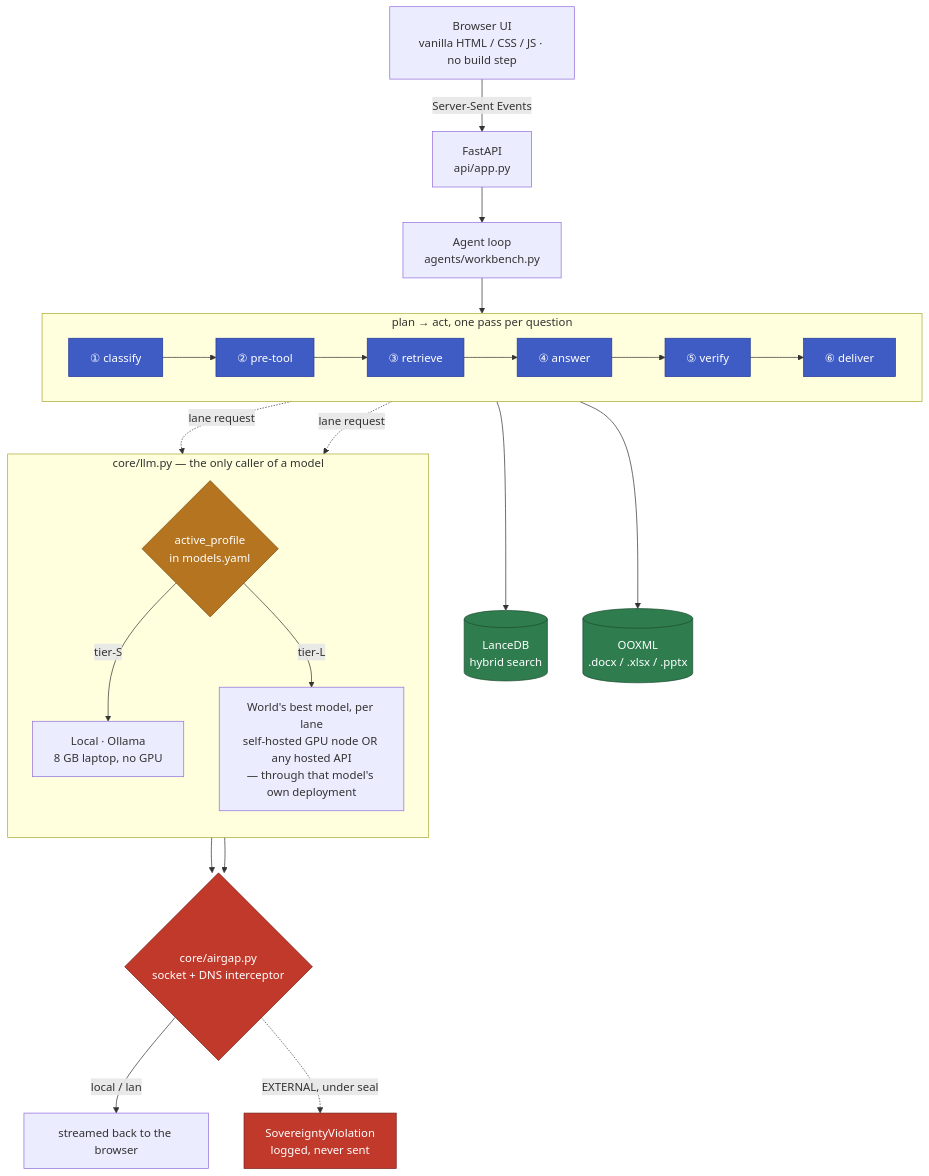
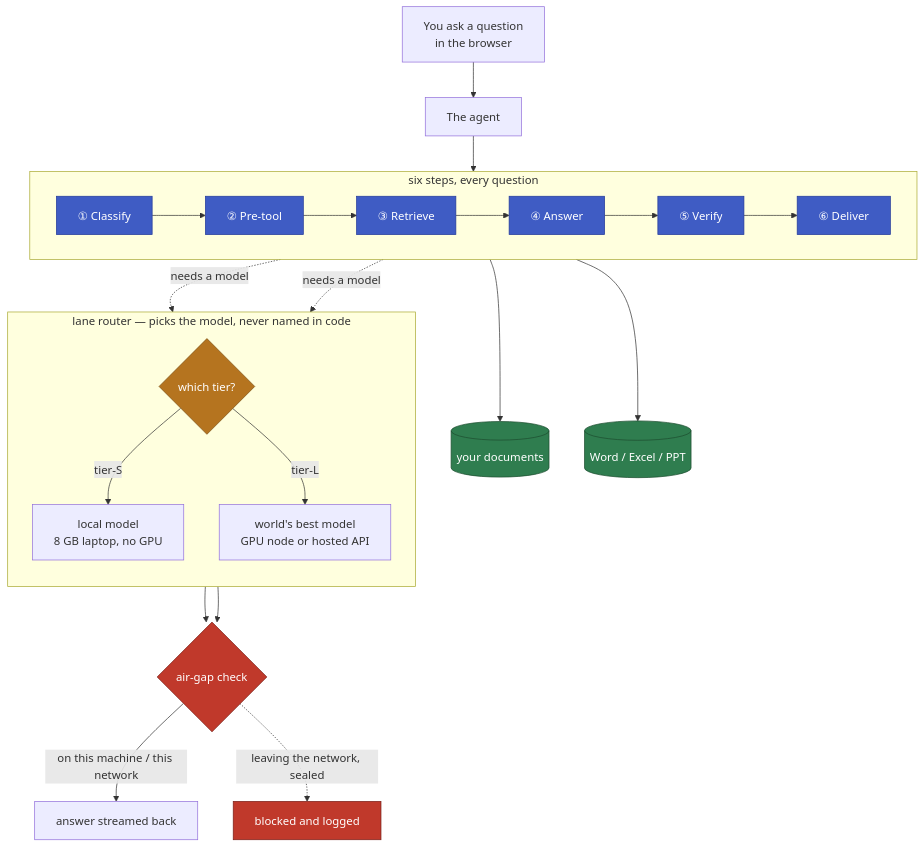
Before and after one commit to karan27-dev/sylithe_agent: the first of 2 diagrams in README.md, drawn with Mermaid. The commit also changed other lines of this file, not shown here.

First line of the commit message:
README: simplify "how a question flows" for a demo/PS audience

````diff
--- a/README.md
+++ b/README.md
@@ -183,37 +183,36 @@
 ```mermaid
 flowchart TD
-    U["Browser UI<br/>vanilla HTML / CSS / JS · no build step"] -->|Server-Sent Events| API["FastAPI<br/>api/app.py"]
-    API --> AGENT["Agent loop<br/>agents/workbench.py"]
+    U["You ask a question<br/>in the browser"] --> AGENT["The agent"]
 
-    subgraph PIPE["plan → act, one pass per question"]
+    subgraph PIPE["six steps, every question"]
         direction LR
-        C1["① classify"] --> C2["② pre-tool"] --> C3["③ retrieve"] --> C4["④ answer"] --> C5["⑤ verify"] --> C6["⑥ deliver"]
+        C1["① Classify"] --> C2["② Pre-tool"] --> C3["③ Retrieve"] --> C4["④ Answer"] --> C5["⑤ Verify"] --> C6["⑥ Deliver"]
     end
 
     AGENT --> C1
-    C1 -.lane request.-> ROUTER
-    C4 -.lane request.-> ROUTER
-    C3 --> DB[("LanceDB<br/>hybrid search")]
-    C6 --> FILE[("OOXML<br/>.docx / .xlsx / .pptx")]
+    C1 -.needs a model.-> ROUTER
+    C4 -.needs a model.-> ROUTER
+    C3 --> DB[("your documents")]
+    C6 --> FILE[("Word / Excel / PPT")]
 
-    subgraph ROUTER["core/llm.py — the only caller of a model"]
+    subgraph ROUTER["lane router — picks the model, never named in code"]
         direction TB
-        PICK{"active_profile<br/>in models.yaml"}
-        PICK -->|tier-S| LOCAL["Local · Ollama<br/>8 GB laptop, no GPU"]
-        PICK -->|tier-L| WORLD["World's best model, per lane<br/>self-hosted GPU node OR any hosted API<br/>— through that model's own deployment"]
+        PICK{"which tier?"}
+        PICK -->|tier-S| LOCAL["local model<br/>8 GB laptop, no GPU"]
+        PICK -->|tier-L| WORLD["world's best model<br/>GPU node or hosted API"]
     end
 
     LOCAL --> WALL
-    WORLD --> WALL{"core/airgap.py<br/>socket + DNS interceptor"}
-    WALL -->|local / lan| OUT["streamed back to the browser"]
-    WALL -.->|EXTERNAL, under seal| BLOCK["SovereigntyViolation<br/>logged, never sent"]
+    WORLD --> WALL{"air-gap check"}
+    WALL -->|on this machine / this network| OUT["answer streamed back"]
+    WALL -.->|leaving the network, sealed| BLOCK["blocked and logged"]
 
     classDef stage fill:#3f5cc4,stroke:#243a99,color:#fff
     classDef guard fill:#c0392b,stroke:#7a2019,color:#fff
     classDef store fill:#2f7d4f,stroke:#1d4d30,color:#fff
     classDef pick fill:#b5741f,stroke:#7a4d12,color:#fff
     class C1,C2,C3,C4,C5,C6 stage
     class WALL,BLOCK guard
     class DB,FILE store
     class PICK pick
 ```
````
